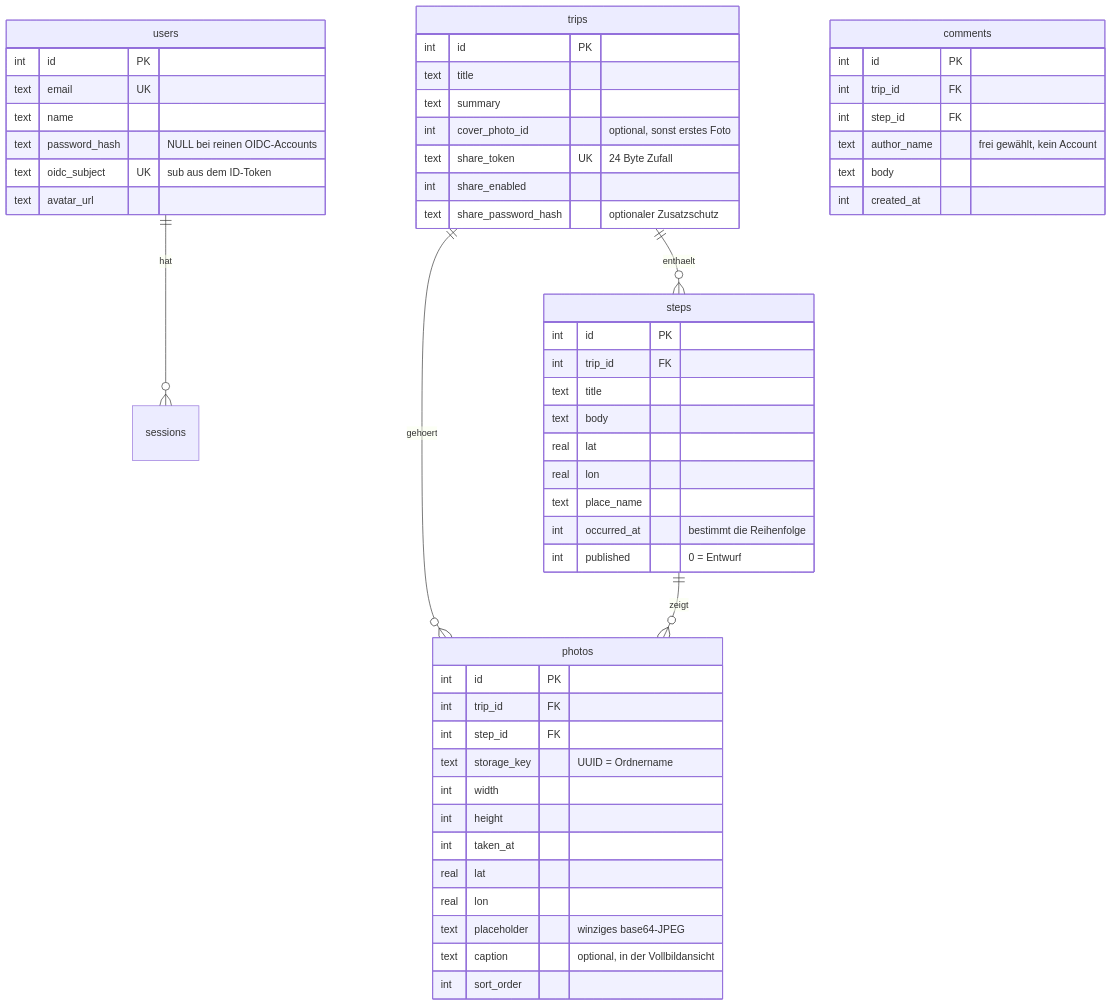
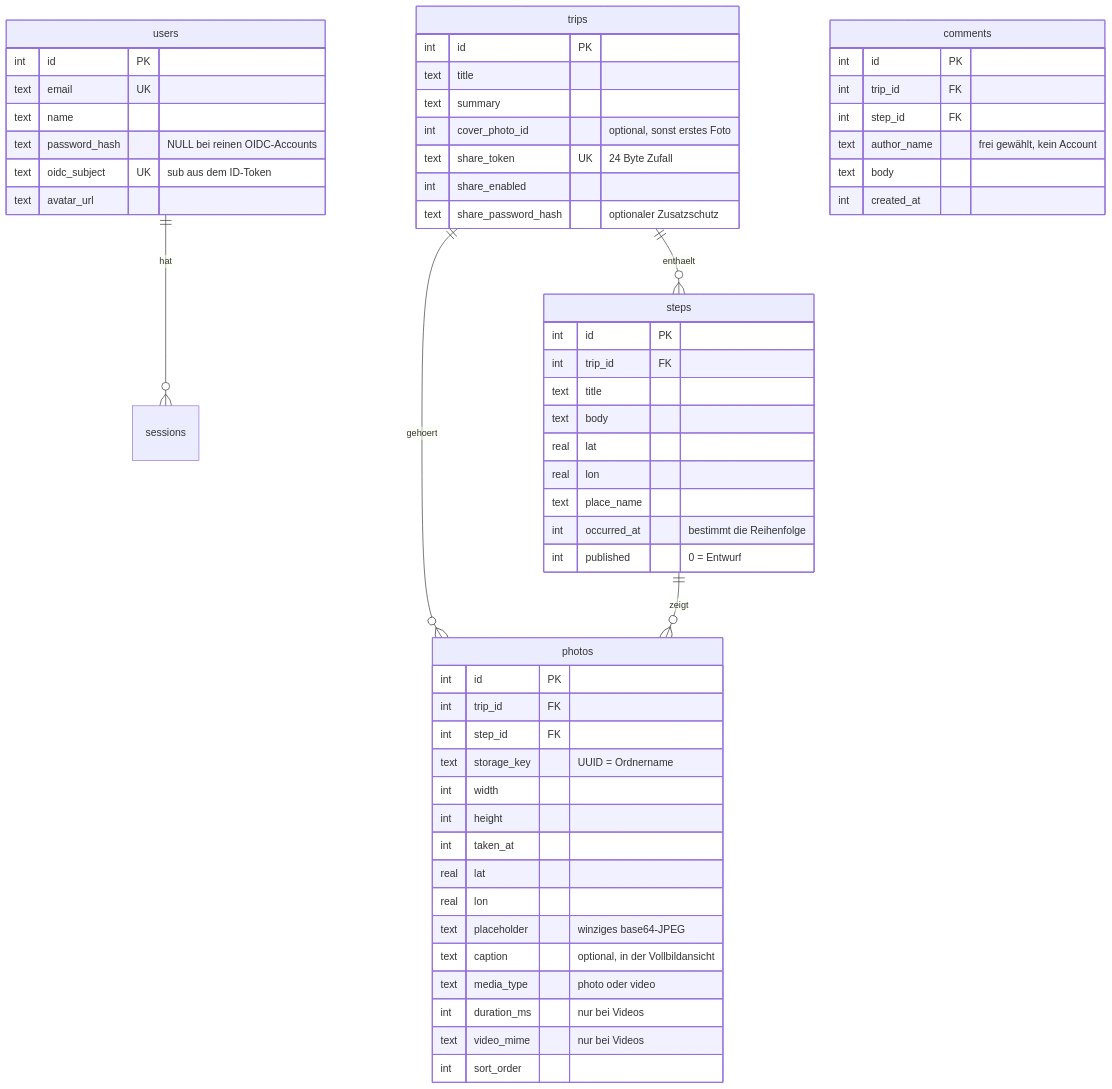
Before and after one commit to RainerZufall00/ownsteps: the first of 2 diagrams in docs/ARCHITEKTUR.md, drawn with Mermaid. The commit also changed other lines of this file and 12 other files, not shown here.

````diff
--- a/docs/ARCHITEKTUR.md
+++ b/docs/ARCHITEKTUR.md
@@ -85,58 +85,61 @@
 ```mermaid
 erDiagram
     users ||--o{ sessions : hat
     trips ||--o{ steps : enthaelt
     trips ||--o{ photos : gehoert
     steps ||--o{ photos : zeigt
 
     users {
         int id PK
         text email UK
         text name
         text password_hash "NULL bei reinen OIDC-Accounts"
         text oidc_subject UK "sub aus dem ID-Token"
         text avatar_url
     }
     trips {
         int id PK
         text title
         text summary
         int cover_photo_id "optional, sonst erstes Foto"
         text share_token UK "24 Byte Zufall"
         int share_enabled
         text share_password_hash "optionaler Zusatzschutz"
     }
     steps {
         int id PK
         int trip_id FK
         text title
         text body
         real lat
         real lon
         text place_name
         int occurred_at "bestimmt die Reihenfolge"
         int published "0 = Entwurf"
     }
     photos {
         int id PK
         int trip_id FK
         int step_id FK
         text storage_key "UUID = Ordnername"
         int width
         int height
         int taken_at
         real lat
         real lon
         text placeholder "winziges base64-JPEG"
         text caption "optional, in der Vollbildansicht"
+        text media_type "photo oder video"
+        int duration_ms "nur bei Videos"
+        text video_mime "nur bei Videos"
         int sort_order
     }
     comments {
         int id PK
         int trip_id FK
         int step_id FK
         text author_name "frei gewählt, kein Account"
         text body
         int created_at
     }
 ```
````
